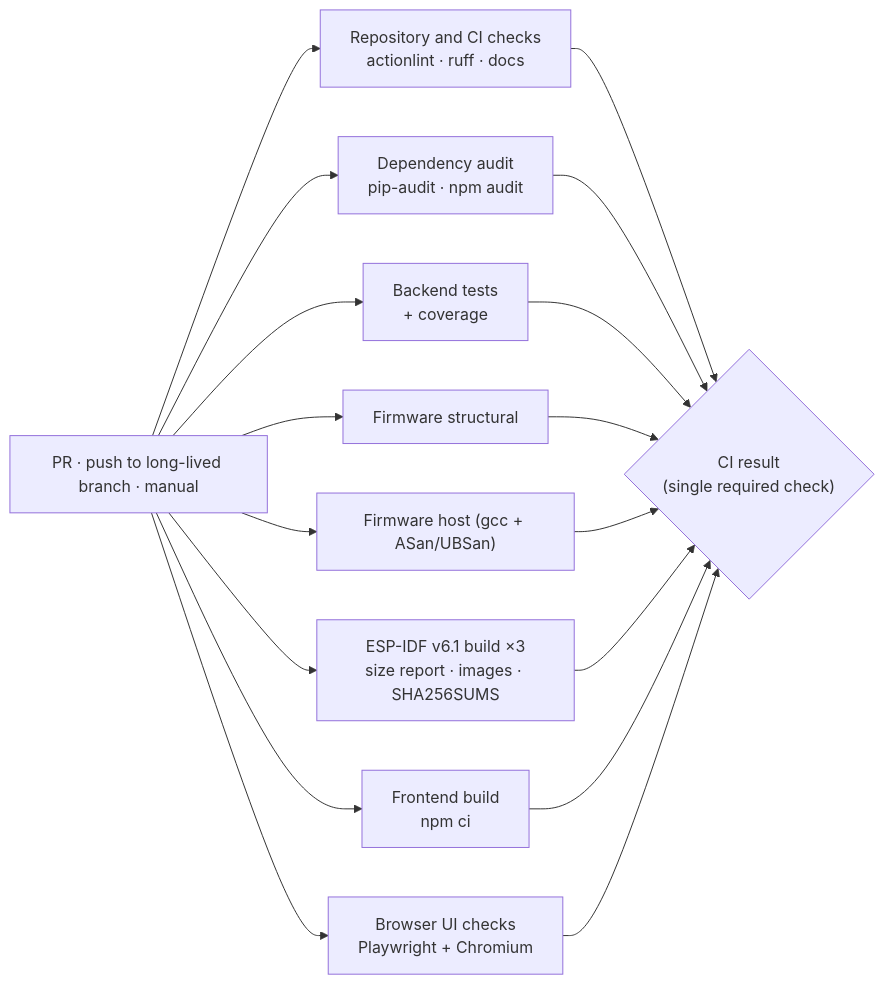
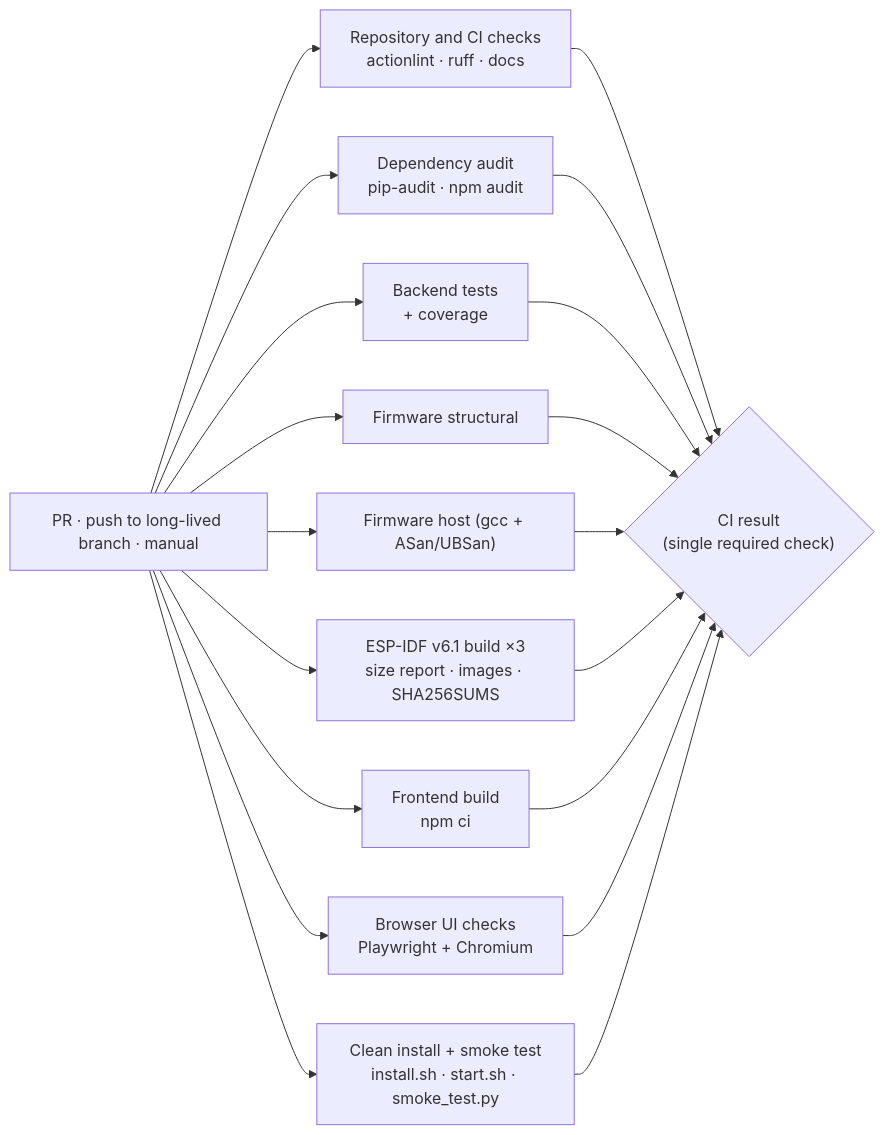
One commit to Kush-Kelaiya22/imPress changed the second of 2 diagrams in docs/guides/testing.md. Above: the diagram before and after it, drawn with Mermaid. The commit also changed other lines of this file and 14 other files, not shown here.

First line of the commit message:
feat(packaging): tested install path, version reporting, CI install smoke

````diff
--- a/docs/guides/testing.md
+++ b/docs/guides/testing.md
@@ -221,12 +221,13 @@
 ```mermaid
 flowchart LR
     T["PR · push to long-lived branch · manual"] --> R["Repository and CI checks<br/>actionlint · ruff · docs"]
     T --> A["Dependency audit<br/>pip-audit · npm audit"]
     T --> B["Backend tests<br/>+ coverage"]
     T --> S["Firmware structural"]
     T --> H["Firmware host (gcc + ASan/UBSan)"]
     T --> I["ESP-IDF v6.1 build ×3<br/>size report · images · SHA256SUMS"]
     T --> F["Frontend build<br/>npm ci"]
+    T --> K["Clean install + smoke test<br/>install.sh · start.sh · smoke_test.py"]
     T --> U["Browser UI checks<br/>Playwright + Chromium"]
-    R & A & B & S & H & I & F & U --> G{"CI result<br/>(single required check)"}
+    R & A & B & S & H & I & F & U & K --> G{"CI result<br/>(single required check)"}
 ```
````
